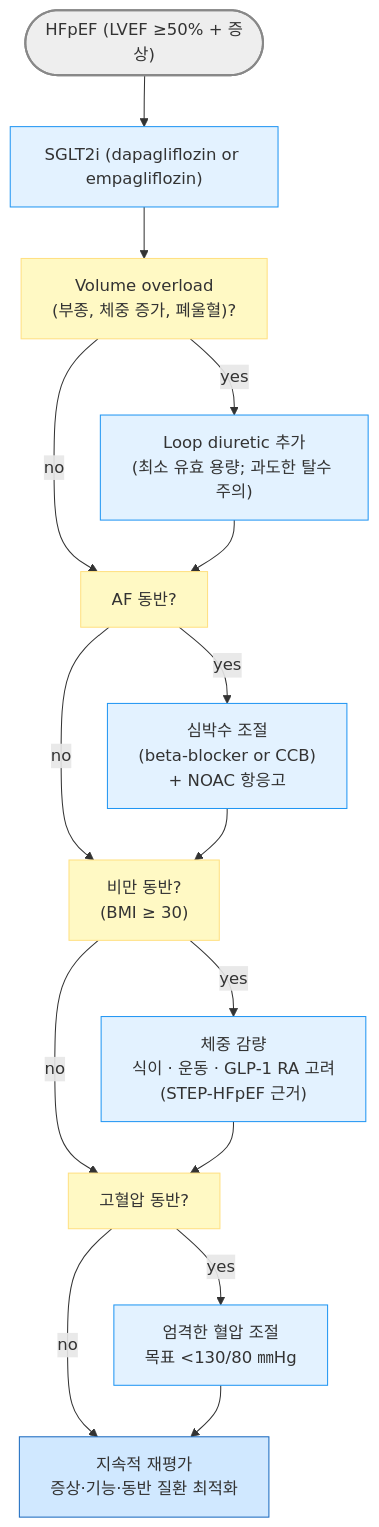
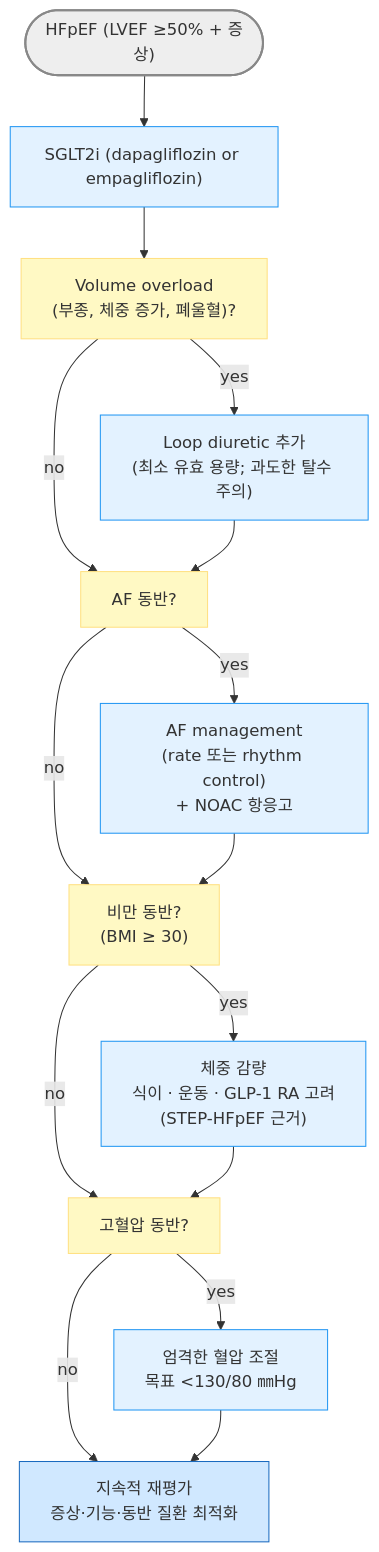
One commit to familyoh77/familyoh77 changed the sixth of 6 diagrams in 225_/098_-heart-failure.md. Above: the diagram before and after it, drawn with Mermaid. The commit also changed other lines of this file, not shown here.

````diff
--- a/225_/098_-heart-failure.md
+++ b/225_/098_-heart-failure.md
@@ -364,40 +372,40 @@
 ```mermaid
 flowchart TD
     START(["HFpEF (LVEF ≥50% + 증상)"])
     style START fill:#eeeeee,stroke:#888888,stroke-width:2px
     SGLT2["SGLT2i (dapagliflozin or empagliflozin)"]
     VOLUME["Volume overload\n(부종, 체중 증가, 폐울혈)?"]
     DIURETIC["Loop diuretic 추가\n(최소 유효 용량; 과도한 탈수 주의)"]
 
     AF["AF 동반?"]
 
-    RATE["심박수 조절\n(beta-blocker or CCB)\n+ NOAC 항응고"]
+    RATE["AF management\n(rate 또는 rhythm control)\n+ NOAC 항응고"]
     OBESITY["비만 동반?\n(BMI ≥ 30)"]
 
     WEIGHT["체중 감량\n식이 · 운동 · GLP-1 RA 고려\n(STEP-HFpEF 근거)"]
     HTN["고혈압 동반?"]
 
     BPCTRL["엄격한 혈압 조절\n목표 <130/80 ㎜Hg"]
     CONT["지속적 재평가\n증상·기능·동반 질환 최적화"]
     style CONT fill:#d0e8ff,stroke:#1a6abf
 
 classDef yellow fill:#fff9c4,stroke:#ffe082
 class VOLUME,AF,OBESITY,HTN yellow
 classDef sky fill:#e3f2ff,stroke:#2196f3
 class SGLT2,DIURETIC,RATE,WEIGHT,BPCTRL sky
 
     START --> SGLT2
     SGLT2 --> VOLUME
     VOLUME -->|yes| DIURETIC
     VOLUME -->|no| AF
     DIURETIC --> AF
     AF -->|yes| RATE
     AF -->|no| OBESITY
     RATE --> OBESITY
     OBESITY -->|yes| WEIGHT
     OBESITY -->|no| HTN
     WEIGHT --> HTN
     HTN -->|yes| BPCTRL
     HTN -->|no| CONT
     BPCTRL --> CONT
 ```
````
